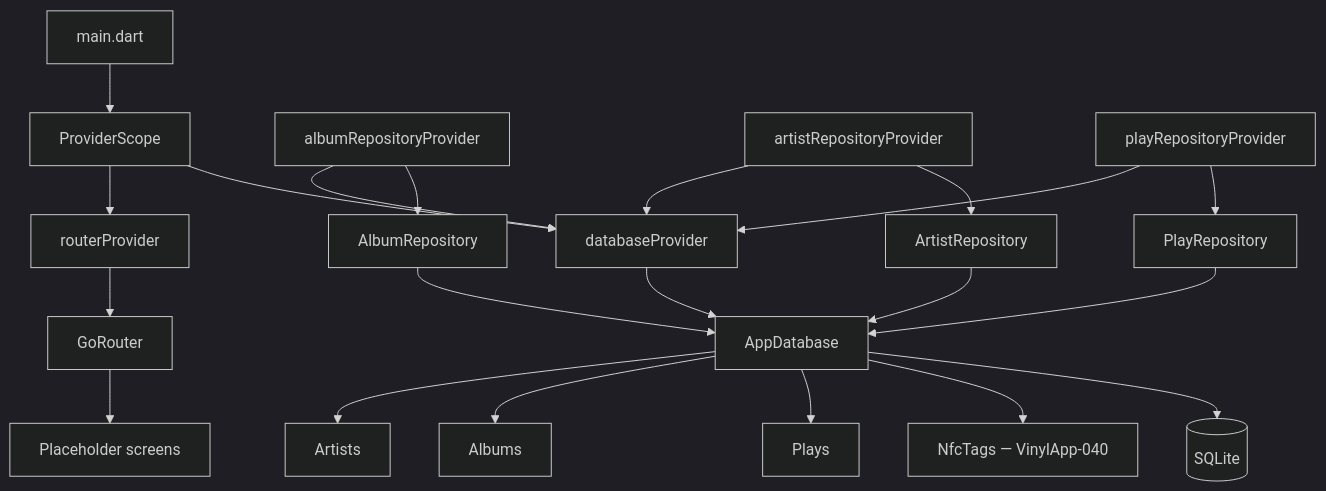
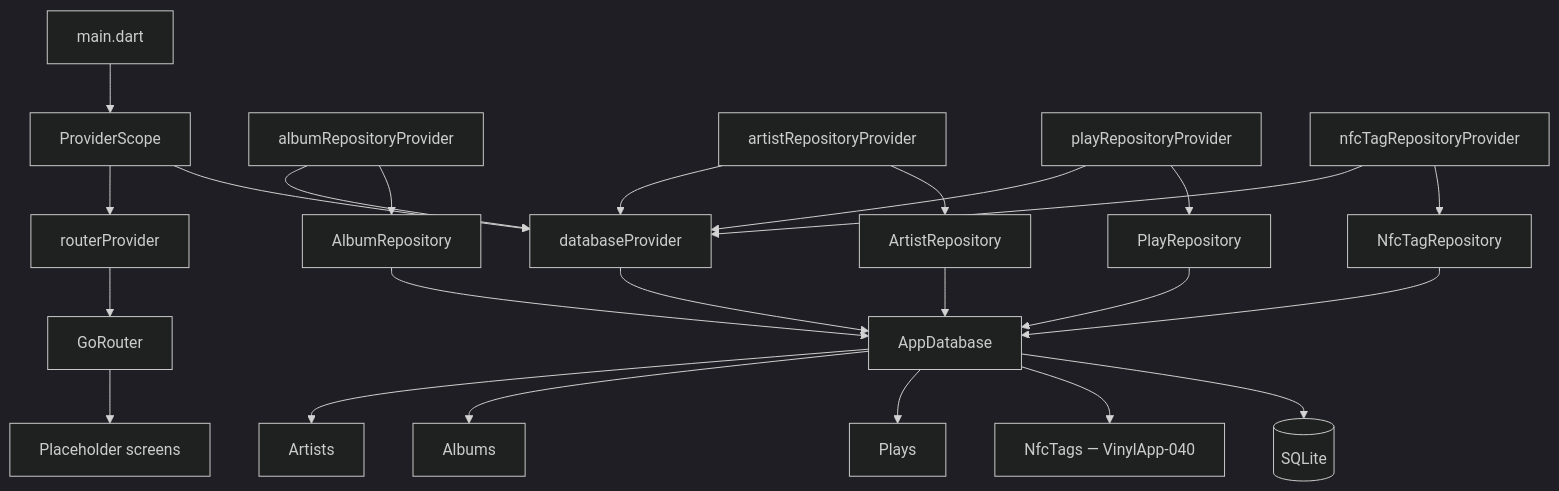
Before and after one commit to hunter-goller/Groovefolio: the first of 2 diagrams in README.md, drawn with Mermaid (dark theme). The commit also changed other lines of this file and 10 other files, not shown here.

Commit message:
VinylApp-041 add NfcTagRepository CRUD, lookups, provider, and tests (#25)

````diff
--- a/README.md
+++ b/README.md
@@ -99,42 +100,47 @@
 ```mermaid
 flowchart TD
     M[main.dart]
     PS[ProviderScope]
     RP[routerProvider]
     DP[databaseProvider]
     ARP[albumRepositoryProvider]
     AIP[artistRepositoryProvider]
     PRP[playRepositoryProvider]
+    NRP[nfcTagRepositoryProvider]
     GR[GoRouter]
     Screens[Placeholder screens]
     AR[AlbumRepository]
     AIR[ArtistRepository]
     PR[PlayRepository]
+    NR[NfcTagRepository]
     DB[AppDatabase]
     Artists[Artists]
     Albums[Albums]
     Plays[Plays]
     NfcTags[NfcTags — VinylApp-040]
     SQLite[(SQLite)]
 
     M --> PS
     PS --> RP
     PS --> DP
     RP --> GR
     GR --> Screens
     ARP --> DP
     ARP --> AR
     AIP --> DP
     AIP --> AIR
     PRP --> DP
     PRP --> PR
+    NRP --> DP
+    NRP --> NR
     AR --> DB
     AIR --> DB
     PR --> DB
+    NR --> DB
     DP --> DB
     DB --> Artists
     DB --> Albums
     DB --> Plays
     DB --> NfcTags
     DB --> SQLite
 ```
````
